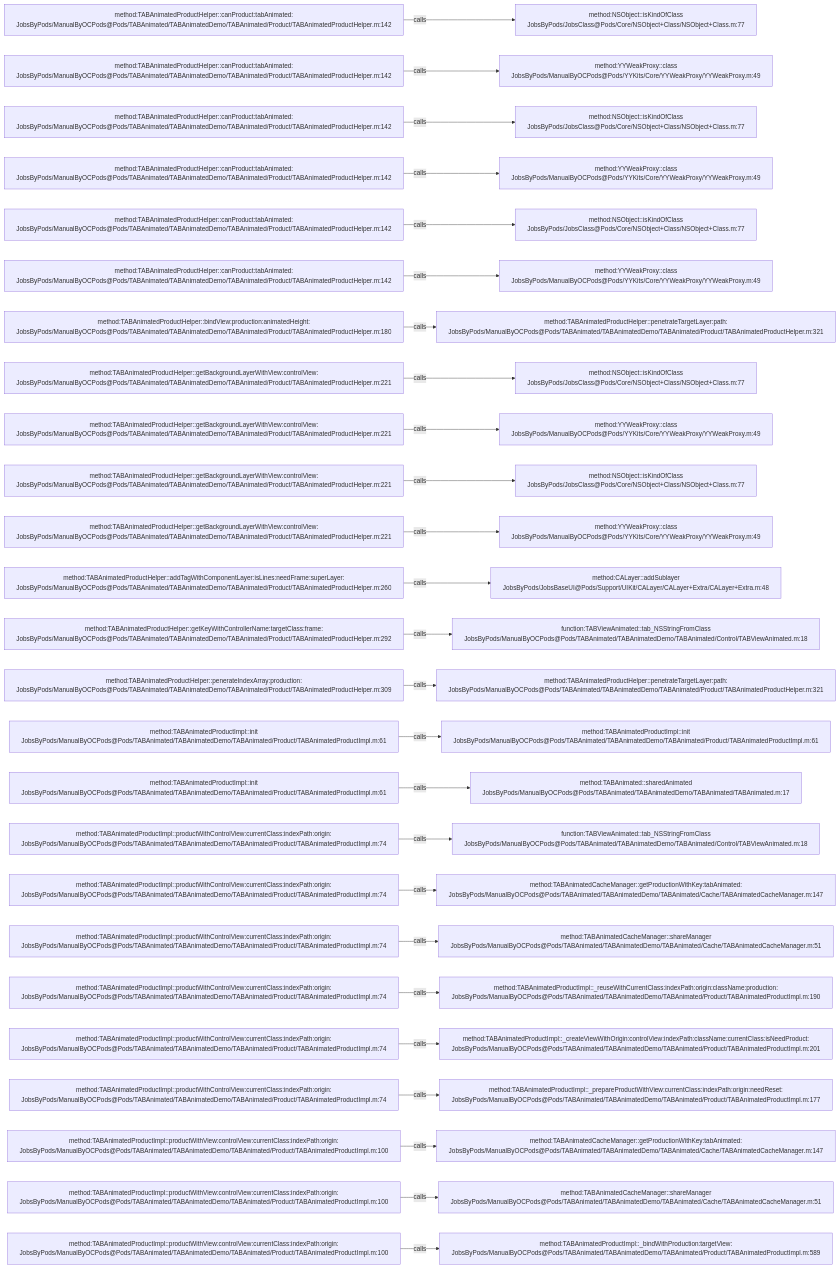
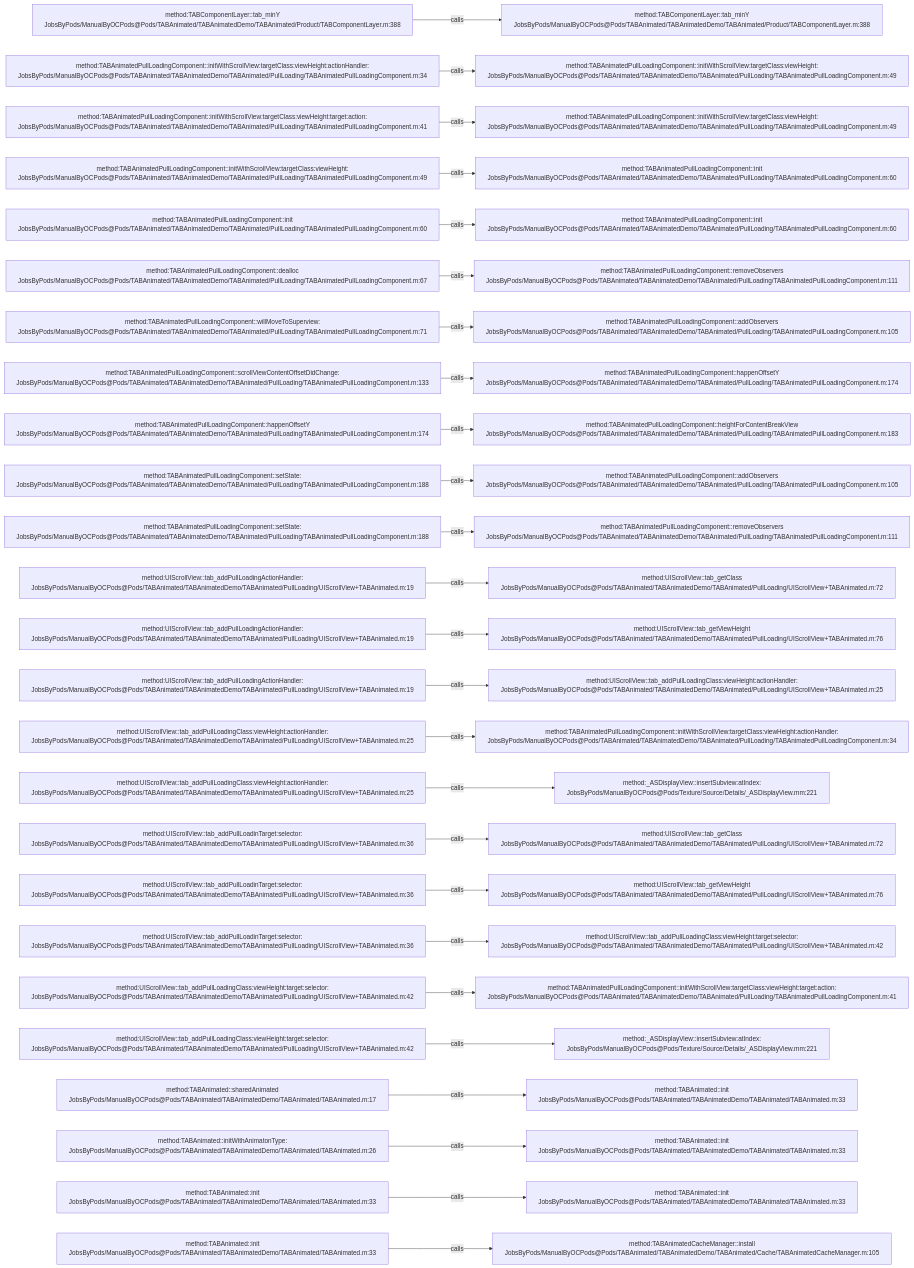
The diagram in .codegraph/codegraph.md/graphs/calls-026.md (JobsKits/JobsOCBaseConfigDemo), drawn with Mermaid before and after one commit. The commit also changed 2723 other files, not shown here.

````diff
--- a/.codegraph/codegraph.md/graphs/calls-026.md
+++ b/.codegraph/codegraph.md/graphs/calls-026.md
@@ -13,78 +13,78 @@
 ```mermaid
 flowchart LR
-  S1["method:TABAnimatedProductHelper::canProduct:tabAnimated:<br/>JobsByPods/ManualByOCPods@Pods/TABAnimated/TABAnimatedDemo/TABAnimated/Product/TABAnimatedProductHelper.m:142"]
-  T1["method:NSObject::isKindOfClass<br/>JobsByPods/JobsClass@Pods/Core/NSObject+Class/NSObject+Class.m:77"]
+  S1["method:TABComponentLayer::tab_minY<br/>JobsByPods/ManualByOCPods@Pods/TABAnimated/TABAnimatedDemo/TABAnimated/Product/TABComponentLayer.m:388"]
+  T1["method:TABComponentLayer::tab_minY<br/>JobsByPods/ManualByOCPods@Pods/TABAnimated/TABAnimatedDemo/TABAnimated/Product/TABComponentLayer.m:388"]
   S1 -->|calls| T1
-  S2["method:TABAnimatedProductHelper::canProduct:tabAnimated:<br/>JobsByPods/ManualByOCPods@Pods/TABAnimated/TABAnimatedDemo/TABAnimated/Product/TABAnimatedProductHelper.m:142"]
-  T2["method:YYWeakProxy::class<br/>JobsByPods/ManualByOCPods@Pods/YYKits/Core/YYWeakProxy/YYWeakProxy.m:49"]
+  S2["method:TABAnimatedPullLoadingComponent::initWithScrollView:targetClass:viewHeight:actionHandler:<br/>JobsByPods/ManualByOCPods@Pods/TABAnimated/TABAnimatedDemo/TABAnimated/PullLoading/TABAnimatedPullLoadingComponent.m:34"]
+  T2["method:TABAnimatedPullLoadingComponent::initWithScrollView:targetClass:viewHeight:<br/>JobsByPods/ManualByOCPods@Pods/TABAnimated/TABAnimatedDemo/TABAnimated/PullLoading/TABAnimatedPullLoadingComponent.m:49"]
   S2 -->|calls| T2
-  S3["method:TABAnimatedProductHelper::canProduct:tabAnimated:<br/>JobsByPods/ManualByOCPods@Pods/TABAnimated/TABAnimatedDemo/TABAnimated/Product/TABAnimatedProductHelper.m:142"]
-  T3["method:NSObject::isKindOfClass<br/>JobsByPods/JobsClass@Pods/Core/NSObject+Class/NSObject+Class.m:77"]
+  S3["method:TABAnimatedPullLoadingComponent::initWithScrollView:targetClass:viewHeight:target:action:<br/>JobsByPods/ManualByOCPods@Pods/TABAnimated/TABAnimatedDemo/TABAnimated/PullLoading/TABAnimatedPullLoadingComponent.m:41"]
+  T3["method:TABAnimatedPullLoadingComponent::initWithScrollView:targetClass:viewHeight:<br/>JobsByPods/ManualByOCPods@Pods/TABAnimated/TABAnimatedDemo/TABAnimated/PullLoading/TABAnimatedPullLoadingComponent.m:49"]
   S3 -->|calls| T3
-  S4["method:TABAnimatedProductHelper::canProduct:tabAnimated:<br/>JobsByPods/ManualByOCPods@Pods/TABAnimated/TABAnimatedDemo/TABAnimated/Product/TABAnimatedProductHelper.m:142"]
-  T4["method:YYWeakProxy::class<br/>JobsByPods/ManualByOCPods@Pods/YYKits/Core/YYWeakProxy/YYWeakProxy.m:49"]
+  S4["method:TABAnimatedPullLoadingComponent::initWithScrollView:targetClass:viewHeight:<br/>JobsByPods/ManualByOCPods@Pods/TABAnimated/TABAnimatedDemo/TABAnimated/PullLoading/TABAnimatedPullLoadingComponent.m:49"]
+  T4["method:TABAnimatedPullLoadingComponent::init<br/>JobsByPods/ManualByOCPods@Pods/TABAnimated/TABAnimatedDemo/TABAnimated/PullLoading/TABAnimatedPullLoadingComponent.m:60"]
   S4 -->|calls| T4
-  S5["method:TABAnimatedProductHelper::canProduct:tabAnimated:<br/>JobsByPods/ManualByOCPods@Pods/TABAnimated/TABAnimatedDemo/TABAnimated/Product/TABAnimatedProductHelper.m:142"]
-  T5["method:NSObject::isKindOfClass<br/>JobsByPods/JobsClass@Pods/Core/NSObject+Class/NSObject+Class.m:77"]
+  S5["method:TABAnimatedPullLoadingComponent::init<br/>JobsByPods/ManualByOCPods@Pods/TABAnimated/TABAnimatedDemo/TABAnimated/PullLoading/TABAnimatedPullLoadingComponent.m:60"]
+  T5["method:TABAnimatedPullLoadingComponent::init<br/>JobsByPods/ManualByOCPods@Pods/TABAnimated/TABAnimatedDemo/TABAnimated/PullLoading/TABAnimatedPullLoadingComponent.m:60"]
   S5 -->|calls| T5
-  S6["method:TABAnimatedProductHelper::canProduct:tabAnimated:<br/>JobsByPods/ManualByOCPods@Pods/TABAnimated/TABAnimatedDemo/TABAnimated/Product/TABAnimatedProductHelper.m:142"]
-  T6["method:YYWeakProxy::class<br/>JobsByPods/ManualByOCPods@Pods/YYKits/Core/YYWeakProxy/YYWeakProxy.m:49"]
+  S6["method:TABAnimatedPullLoadingComponent::dealloc<br/>JobsByPods/ManualByOCPods@Pods/TABAnimated/TABAnimatedDemo/TABAnimated/PullLoading/TABAnimatedPullLoadingComponent.m:67"]
+  T6["method:TABAnimatedPullLoadingComponent::removeObservers<br/>JobsByPods/ManualByOCPods@Pods/TABAnimated/TABAnimatedDemo/TABAnimated/PullLoading/TABAnimatedPullLoadingComponent.m:111"]
   S6 -->|calls| T6
-  S7["method:TABAnimatedProductHelper::bindView:production:animatedHeight:<br/>JobsByPods/ManualByOCPods@Pods/TABAnimated/TABAnimatedDemo/TABAnimated/Product/TABAnimatedProductHelper.m:180"]
-  T7["method:TABAnimatedProductHelper::penetrateTargetLayer:path:<br/>JobsByPods/ManualByOCPods@Pods/TABAnimated/TABAnimatedDemo/TABAnimated/Product/TABAnimatedProductHelper.m:321"]
+  S7["method:TABAnimatedPullLoadingComponent::willMoveToSuperview:<br/>JobsByPods/ManualByOCPods@Pods/TABAnimated/TABAnimatedDemo/TABAnimated/PullLoading/TABAnimatedPullLoadingComponent.m:71"]
+  T7["method:TABAnimatedPullLoadingComponent::addObservers<br/>JobsByPods/ManualByOCPods@Pods/TABAnimated/TABAnimatedDemo/TABAnimated/PullLoading/TABAnimatedPullLoadingComponent.m:105"]
   S7 -->|calls| T7
-  S8["method:TABAnimatedProductHelper::getBackgroundLayerWithView:controlView:<br/>JobsByPods/ManualByOCPods@Pods/TABAnimated/TABAnimatedDemo/TABAnimated/Product/TABAnimatedProductHelper.m:221"]
-  T8["method:NSObject::isKindOfClass<br/>JobsByPods/JobsClass@Pods/Core/NSObject+Class/NSObject+Class.m:77"]
+  S8["method:TABAnimatedPullLoadingComponent::scrollViewContentOffsetDidChange:<br/>JobsByPods/ManualByOCPods@Pods/TABAnimated/TABAnimatedDemo/TABAnimated/PullLoading/TABAnimatedPullLoadingComponent.m:133"]
+  T8["method:TABAnimatedPullLoadingComponent::happenOffsetY<br/>JobsByPods/ManualByOCPods@Pods/TABAnimated/TABAnimatedDemo/TABAnimated/PullLoading/TABAnimatedPullLoadingComponent.m:174"]
   S8 -->|calls| T8
-  S9["method:TABAnimatedProductHelper::getBackgroundLayerWithView:controlView:<br/>JobsByPods/ManualByOCPods@Pods/TABAnimated/TABAnimatedDemo/TABAnimated/Product/TABAnimatedProductHelper.m:221"]
-  T9["method:YYWeakProxy::class<br/>JobsByPods/ManualByOCPods@Pods/YYKits/Core/YYWeakProxy/YYWeakProxy.m:49"]
+  S9["method:TABAnimatedPullLoadingComponent::happenOffsetY<br/>JobsByPods/ManualByOCPods@Pods/TABAnimated/TABAnimatedDemo/TABAnimated/PullLoading/TABAnimatedPullLoadingComponent.m:174"]
+  T9["method:TABAnimatedPullLoadingComponent::heightForContentBreakView<br/>JobsByPods/ManualByOCPods@Pods/TABAnimated/TABAnimatedDemo/TABAnimated/PullLoading/TABAnimatedPullLoadingComponent.m:183"]
   S9 -->|calls| T9
-  S10["method:TABAnimatedProductHelper::getBackgroundLayerWithView:controlView:<br/>JobsByPods/ManualByOCPods@Pods/TABAnimated/TABAnimatedDemo/TABAnimated/Product/TABAnimatedProductHelper.m:221"]
-  T10["method:NSObject::isKindOfClass<br/>JobsByPods/JobsClass@Pods/Core/NSObject+Class/NSObject+Class.m:77"]
+  S10["method:TABAnimatedPullLoadingComponent::setState:<br/>JobsByPods/ManualByOCPods@Pods/TABAnimated/TABAnimatedDemo/TABAnimated/PullLoading/TABAnimatedPullLoadingComponent.m:188"]
+  T10["method:TABAnimatedPullLoadingComponent::addObservers<br/>JobsByPods/ManualByOCPods@Pods/TABAnimated/TABAnimatedDemo/TABAnimated/PullLoading/TABAnimatedPullLoadingComponent.m:105"]
   S10 -->|calls| T10
-  S11["method:TABAnimatedProductHelper::getBackgroundLayerWithView:controlView:<br/>JobsByPods/ManualByOCPods@Pods/TABAnimated/TABAnimatedDemo/TABAnimated/Product/TABAnimatedProductHelper.m:221"]
-  T11["method:YYWeakProxy::class<br/>JobsByPods/ManualByOCPods@Pods/YYKits/Core/YYWeakProxy/YYWeakProxy.m:49"]
+  S11["method:TABAnimatedPullLoadingComponent::setState:<br/>JobsByPods/ManualByOCPods@Pods/TABAnimated/TABAnimatedDemo/TABAnimated/PullLoading/TABAnimatedPullLoadingComponent.m:188"]
+  T11["method:TABAnimatedPullLoadingComponent::removeObservers<br/>JobsByPods/ManualByOCPods@Pods/TABAnimated/TABAnimatedDemo/TABAnimated/PullLoading/TABAnimatedPullLoadingComponent.m:111"]
   S11 -->|calls| T11
-  S12["method:TABAnimatedProductHelper::addTagWithComponentLayer:isLines:needFrame:superLayer:<br/>JobsByPods/ManualByOCPods@Pods/TABAnimated/TABAnimatedDemo/TABAnimated/Product/TABAnimatedProductHelper.m:260"]
-  T12["method:CALayer::addSublayer<br/>JobsByPods/JobsBaseUI@Pods/Support/UIKit/CALayer/CALayer+Extra/CALayer+Extra.m:48"]
+  S12["method:UIScrollView::tab_addPullLoadingActionHandler:<br/>JobsByPods/ManualByOCPods@Pods/TABAnimated/TABAnimatedDemo/TABAnimated/PullLoading/UIScrollView+TABAnimated.m:19"]
+  T12["method:UIScrollView::tab_getClass<br/>JobsByPods/ManualByOCPods@Pods/TABAnimated/TABAnimatedDemo/TABAnimated/PullLoading/UIScrollView+TABAnimated.m:72"]
   S12 -->|calls| T12
-  S13["method:TABAnimatedProductHelper::getKeyWithControllerName:targetClass:frame:<br/>JobsByPods/ManualByOCPods@Pods/TABAnimated/TABAnimatedDemo/TABAnimated/Product/TABAnimatedProductHelper.m:292"]
-  T13["function:TABViewAnimated::tab_NSStringFromClass<br/>JobsByPods/ManualByOCPods@Pods/TABAnimated/TABAnimatedDemo/TABAnimated/Control/TABViewAnimated.m:18"]
+  S13["method:UIScrollView::tab_addPullLoadingActionHandler:<br/>JobsByPods/ManualByOCPods@Pods/TABAnimated/TABAnimatedDemo/TABAnimated/PullLoading/UIScrollView+TABAnimated.m:19"]
+  T13["method:UIScrollView::tab_getViewHeight<br/>JobsByPods/ManualByOCPods@Pods/TABAnimated/TABAnimatedDemo/TABAnimated/PullLoading/UIScrollView+TABAnimated.m:76"]
   S13 -->|calls| T13
-  S14["method:TABAnimatedProductHelper::penerateIndexArray:production:<br/>JobsByPods/ManualByOCPods@Pods/TABAnimated/TABAnimatedDemo/TABAnimated/Product/TABAnimatedProductHelper.m:309"]
-  T14["method:TABAnimatedProductHelper::penetrateTargetLayer:path:<br/>JobsByPods/ManualByOCPods@Pods/TABAnimated/TABAnimatedDemo/TABAnimated/Product/TABAnimatedProductHelper.m:321"]
+  S14["method:UIScrollView::tab_addPullLoadingActionHandler:<br/>JobsByPods/ManualByOCPods@Pods/TABAnimated/TABAnimatedDemo/TABAnimated/PullLoading/UIScrollView+TABAnimated.m:19"]
+  T14["method:UIScrollView::tab_addPullLoadingClass:viewHeight:actionHandler:<br/>JobsByPods/ManualByOCPods@Pods/TABAnimated/TABAnimatedDemo/TABAnimated/PullLoading/UIScrollView+TABAnimated.m:25"]
   S14 -->|calls| T14
-  S15["method:TABAnimatedProductImpl::init<br/>JobsByPods/ManualByOCPods@Pods/TABAnimated/TABAnimatedDemo/TABAnimated/Product/TABAnimatedProductImpl.m:61"]
-  T15["method:TABAnimatedProductImpl::init<br/>JobsByPods/ManualByOCPods@Pods/TABAnimated/TABAnimatedDemo/TABAnimated/Product/TABAnimatedProductImpl.m:61"]
+  S15["method:UIScrollView::tab_addPullLoadingClass:viewHeight:actionHandler:<br/>JobsByPods/ManualByOCPods@Pods/TABAnimated/TABAnimatedDemo/TABAnimated/PullLoading/UIScrollView+TABAnimated.m:25"]
+  T15["method:TABAnimatedPullLoadingComponent::initWithScrollView:targetClass:viewHeight:actionHandler:<br/>JobsByPods/ManualByOCPods@Pods/TABAnimated/TABAnimatedDemo/TABAnimated/PullLoading/TABAnimatedPullLoadingComponent.m:34"]
   S15 -->|calls| T15
-  S16["method:TABAnimatedProductImpl::init<br/>JobsByPods/ManualByOCPods@Pods/TABAnimated/TABAnimatedDemo/TABAnimated/Product/TABAnimatedProductImpl.m:61"]
-  T16["method:TABAnimated::sharedAnimated<br/>JobsByPods/ManualByOCPods@Pods/TABAnimated/TABAnimatedDemo/TABAnimated/TABAnimated.m:17"]
+  S16["method:UIScrollView::tab_addPullLoadingClass:viewHeight:actionHandler:<br/>JobsByPods/ManualByOCPods@Pods/TABAnimated/TABAnimatedDemo/TABAnimated/PullLoading/UIScrollView+TABAnimated.m:25"]
+  T16["method:_ASDisplayView::insertSubview:atIndex:<br/>JobsByPods/ManualByOCPods@Pods/Texture/Source/Details/_ASDisplayView.mm:221"]
   S16 -->|calls| T16
-  S17["method:TABAnimatedProductImpl::productWithControlView:currentClass:indexPath:origin:<br/>JobsByPods/ManualByOCPods@Pods/TABAnimated/TABAnimatedDemo/TABAnimated/Product/TABAnimatedProductImpl.m:74"]
-  T17["function:TABViewAnimated::tab_NSStringFromClass<br/>JobsByPods/ManualByOCPods@Pods/TABAnimated/TABAnimatedDemo/TABAnimated/Control/TABViewAnimated.m:18"]
+  S17["method:UIScrollView::tab_addPullLoadinTarget:selector:<br/>JobsByPods/ManualByOCPods@Pods/TABAnimated/TABAnimatedDemo/TABAnimated/PullLoading/UIScrollView+TABAnimated.m:36"]
+  T17["method:UIScrollView::tab_getClass<br/>JobsByPods/ManualByOCPods@Pods/TABAnimated/TABAnimatedDemo/TABAnimated/PullLoading/UIScrollView+TABAnimated.m:72"]
   S17 -->|calls| T17
-  S18["method:TABAnimatedProductImpl::productWithControlView:currentClass:indexPath:origin:<br/>JobsByPods/ManualByOCPods@Pods/TABAnimated/TABAnimatedDemo/TABAnimated/Product/TABAnimatedProductImpl.m:74"]
-  T18["method:TABAnimatedCacheManager::getProductionWithKey:tabAnimated:<br/>JobsByPods/ManualByOCPods@Pods/TABAnimated/TABAnimatedDemo/TABAnimated/Cache/TABAnimatedCacheManager.m:147"]
+  S18["method:UIScrollView::tab_addPullLoadinTarget:selector:<br/>JobsByPods/ManualByOCPods@Pods/TABAnimated/TABAnimatedDemo/TABAnimated/PullLoading/UIScrollView+TABAnimated.m:36"]
+  T18["method:UIScrollView::tab_getViewHeight<br/>JobsByPods/ManualByOCPods@Pods/TABAnimated/TABAnimatedDemo/TABAnimated/PullLoading/UIScrollView+TABAnimated.m:76"]
   S18 -->|calls| T18
-  S19["method:TABAnimatedProductImpl::productWithControlView:currentClass:indexPath:origin:<br/>JobsByPods/ManualByOCPods@Pods/TABAnimated/TABAnimatedDemo/TABAnimated/Product/TABAnimatedProductImpl.m:74"]
-  T19["method:TABAnimatedCacheManager::shareManager<br/>JobsByPods/ManualByOCPods@Pods/TABAnimated/TABAnimatedDemo/TABAnimated/Cache/TABAnimatedCacheManager.m:51"]
+  S19["method:UIScrollView::tab_addPullLoadinTarget:selector:<br/>JobsByPods/ManualByOCPods@Pods/TABAnimated/TABAnimatedDemo/TABAnimated/PullLoading/UIScrollView+TABAnimated.m:36"]
+  T19["method:UIScrollView::tab_addPullLoadingClass:viewHeight:target:selector:<br/>JobsByPods/ManualByOCPods@Pods/TABAnimated/TABAnimatedDemo/TABAnimated/PullLoading/UIScrollView+TABAnimated.m:42"]
   S19 -->|calls| T19
-  S20["method:TABAnimatedProductImpl::productWithControlView:currentClass:indexPath:origin:<br/>JobsByPods/ManualByOCPods@Pods/TABAnimated/TABAnimatedDemo/TABAnimated/Product/TABAnimatedProductImpl.m:74"]
-  T20["method:TABAnimatedProductImpl::_reuseWithCurrentClass:indexPath:origin:className:production:<br/>JobsByPods/ManualByOCPods@Pods/TABAnimated/TABAnimatedDemo/TABAnimated/Product/TABAnimatedProductImpl.m:190"]
+  S20["method:UIScrollView::tab_addPullLoadingClass:viewHeight:target:selector:<br/>JobsByPods/ManualByOCPods@Pods/TABAnimated/TABAnimatedDemo/TABAnimated/PullLoading/UIScrollView+TABAnimated.m:42"]
+  T20["method:TABAnimatedPullLoadingComponent::initWithScrollView:targetClass:viewHeight:target:action:<br/>JobsByPods/ManualByOCPods@Pods/TABAnimated/TABAnimatedDemo/TABAnimated/PullLoading/TABAnimatedPullLoadingComponent.m:41"]
   S20 -->|calls| T20
-  S21["method:TABAnimatedProductImpl::productWithControlView:currentClass:indexPath:origin:<br/>JobsByPods/ManualByOCPods@Pods/TABAnimated/TABAnimatedDemo/TABAnimated/Product/TABAnimatedProductImpl.m:74"]
-  T21["method:TABAnimatedProductImpl::_createViewWithOrigin:controlView:indexPath:className:currentClass:isNeedProduct:<br/>JobsByPods/ManualByOCPods@Pods/TABAnimated/TABAnimatedDemo/TABAnimated/Product/TABAnimatedProductImpl.m:201"]
+  S21["method:UIScrollView::tab_addPullLoadingClass:viewHeight:target:selector:<br/>JobsByPods/ManualByOCPods@Pods/TABAnimated/TABAnimatedDemo/TABAnimated/PullLoading/UIScrollView+TABAnimated.m:42"]
+  T21["method:_ASDisplayView::insertSubview:atIndex:<br/>JobsByPods/ManualByOCPods@Pods/Texture/Source/Details/_ASDisplayView.mm:221"]
   S21 -->|calls| T21
-  S22["method:TABAnimatedProductImpl::productWithControlView:currentClass:indexPath:origin:<br/>JobsByPods/ManualByOCPods@Pods/TABAnimated/TABAnimatedDemo/TABAnimated/Product/TABAnimatedProductImpl.m:74"]
-  T22["method:TABAnimatedProductImpl::_prepareProductWithView:currentClass:indexPath:origin:needReset:<br/>JobsByPods/ManualByOCPods@Pods/TABAnimated/TABAnimatedDemo/TABAnimated/Product/TABAnimatedProductImpl.m:177"]
+  S22["method:TABAnimated::sharedAnimated<br/>JobsByPods/ManualByOCPods@Pods/TABAnimated/TABAnimatedDemo/TABAnimated/TABAnimated.m:17"]
+  T22["method:TABAnimated::init<br/>JobsByPods/ManualByOCPods@Pods/TABAnimated/TABAnimatedDemo/TABAnimated/TABAnimated.m:33"]
   S22 -->|calls| T22
-  S23["method:TABAnimatedProductImpl::productWithView:controlView:currentClass:indexPath:origin:<br/>JobsByPods/ManualByOCPods@Pods/TABAnimated/TABAnimatedDemo/TABAnimated/Product/TABAnimatedProductImpl.m:100"]
-  T23["method:TABAnimatedCacheManager::getProductionWithKey:tabAnimated:<br/>JobsByPods/ManualByOCPods@Pods/TABAnimated/TABAnimatedDemo/TABAnimated/Cache/TABAnimatedCacheManager.m:147"]
+  S23["method:TABAnimated::initWithAnimatonType:<br/>JobsByPods/ManualByOCPods@Pods/TABAnimated/TABAnimatedDemo/TABAnimated/TABAnimated.m:26"]
+  T23["method:TABAnimated::init<br/>JobsByPods/ManualByOCPods@Pods/TABAnimated/TABAnimatedDemo/TABAnimated/TABAnimated.m:33"]
   S23 -->|calls| T23
-  S24["method:TABAnimatedProductImpl::productWithView:controlView:currentClass:indexPath:origin:<br/>JobsByPods/ManualByOCPods@Pods/TABAnimated/TABAnimatedDemo/TABAnimated/Product/TABAnimatedProductImpl.m:100"]
-  T24["method:TABAnimatedCacheManager::shareManager<br/>JobsByPods/ManualByOCPods@Pods/TABAnimated/TABAnimatedDemo/TABAnimated/Cache/TABAnimatedCacheManager.m:51"]
+  S24["method:TABAnimated::init<br/>JobsByPods/ManualByOCPods@Pods/TABAnimated/TABAnimatedDemo/TABAnimated/TABAnimated.m:33"]
+  T24["method:TABAnimated::init<br/>JobsByPods/ManualByOCPods@Pods/TABAnimated/TABAnimatedDemo/TABAnimated/TABAnimated.m:33"]
   S24 -->|calls| T24
-  S25["method:TABAnimatedProductImpl::productWithView:controlView:currentClass:indexPath:origin:<br/>JobsByPods/ManualByOCPods@Pods/TABAnimated/TABAnimatedDemo/TABAnimated/Product/TABAnimatedProductImpl.m:100"]
-  T25["method:TABAnimatedProductImpl::_bindWithProduction:targetView:<br/>JobsByPods/ManualByOCPods@Pods/TABAnimated/TABAnimatedDemo/TABAnimated/Product/TABAnimatedProductImpl.m:589"]
+  S25["method:TABAnimated::init<br/>JobsByPods/ManualByOCPods@Pods/TABAnimated/TABAnimatedDemo/TABAnimated/TABAnimated.m:33"]
+  T25["method:TABAnimatedCacheManager::install<br/>JobsByPods/ManualByOCPods@Pods/TABAnimated/TABAnimatedDemo/TABAnimated/Cache/TABAnimatedCacheManager.m:105"]
   S25 -->|calls| T25
 ```
````
